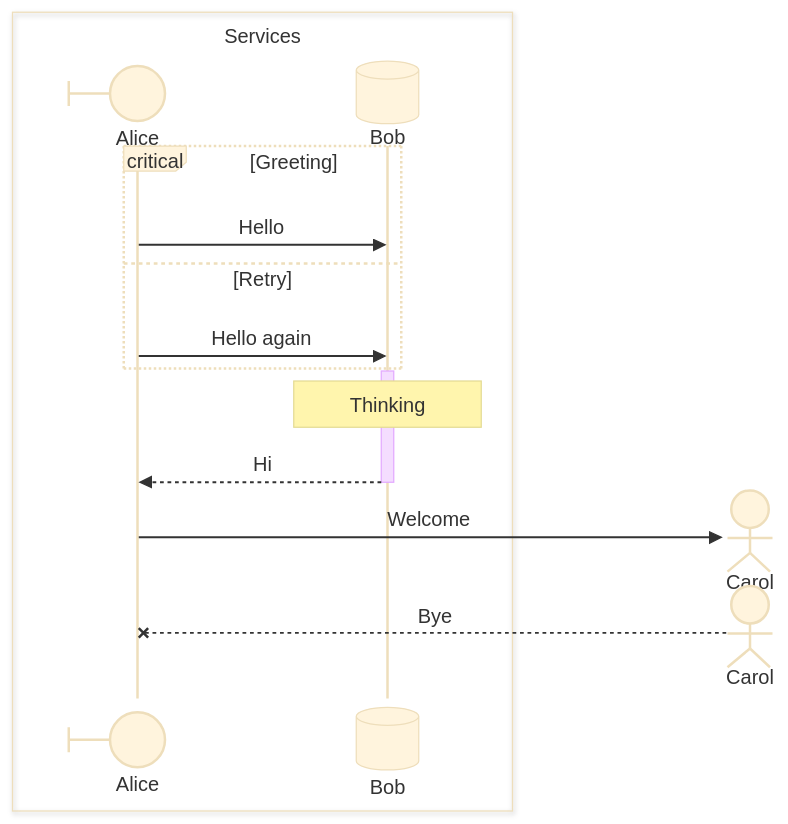
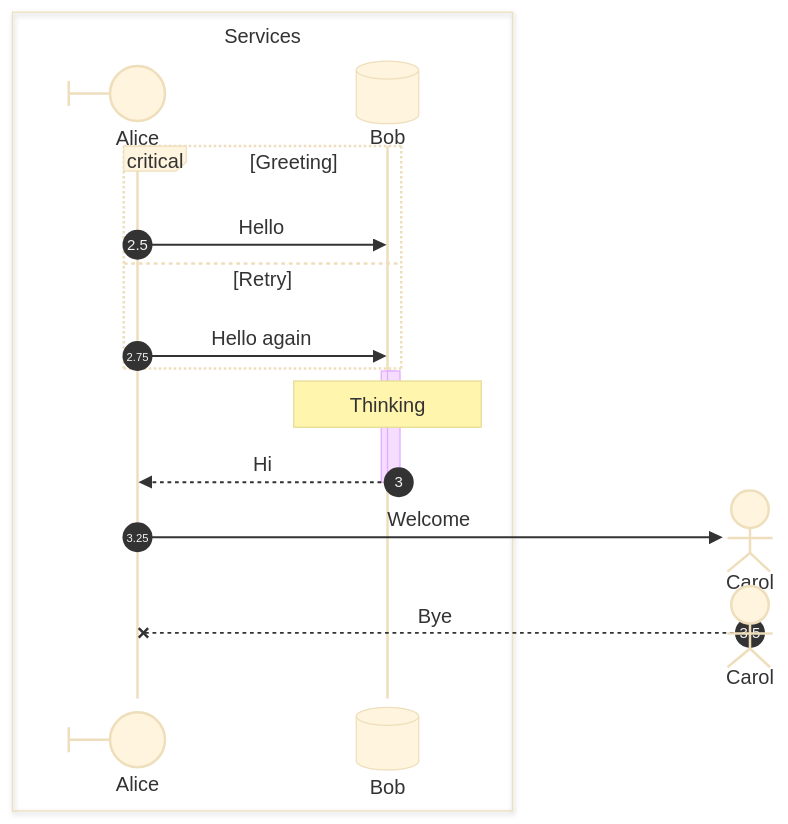
Before and after one commit to unexge/mdr: the second of 2 diagrams in bombadil/fixture.md, drawn with Mermaid (base theme). The commit also changed 4 other files, not shown here.

First line of the commit message:
feat: Add Mermaid numbering and activation stacks

````diff
--- a/bombadil/fixture.md
+++ b/bombadil/fixture.md
@@ -56,20 +56,23 @@
 ```mermaid
 sequenceDiagram
     box Services
         participant Alice@{ "type": "boundary" }
         participant Bob@{ "type": "database" }
     end
+    autonumber 2.5 0.25
     critical Greeting
         Alice->>Bob: Hello
     option Retry
         Alice->>Bob: Hello again
     end
     activate Bob
+    activate Bob
     Note over Bob: Thinking
     Bob-->>Alice: Hi
+    deactivate Bob
     deactivate Bob
     create actor Carol
     Alice->>Carol: Welcome
     destroy Carol
     Carol--xAlice: Bye
 ```
````
